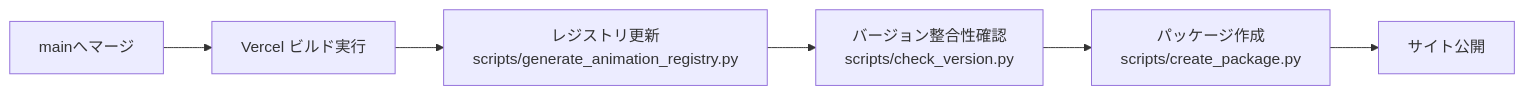
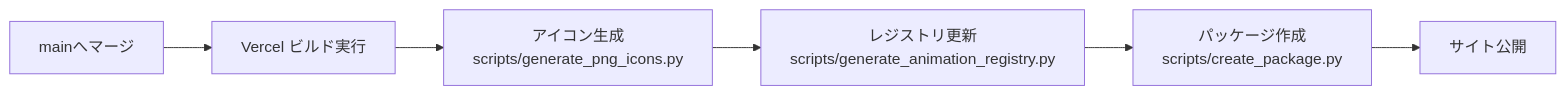
The third of 3 diagrams in docs/README_DEPLOY.md (masanori-satake/QuickLog-Solo), drawn with Mermaid before and after one commit. The commit also changed other lines of this file, not shown here.

First line of the commit message:
docs: comprehensive CI/CD guide update with Vercel setup details

````diff
--- a/docs/README_DEPLOY.md
+++ b/docs/README_DEPLOY.md
@@ -89,8 +89,8 @@
 ```mermaid
 graph LR
     Trigger[mainへマージ] --> VercelBuild[Vercel ビルド実行]
-    VercelBuild --> Registry[レジストリ更新<br/>scripts/generate_animation_registry.py]
-    Registry --> CheckVersion[バージョン整合性確認<br/>scripts/check_version.py]
-    CheckVersion --> Zip[パッケージ作成<br/>scripts/create_package.py]
+    VercelBuild --> IconGen[アイコン生成<br/>scripts/generate_png_icons.py]
+    IconGen --> Registry[レジストリ更新<br/>scripts/generate_animation_registry.py]
+    Registry --> Zip[パッケージ作成<br/>scripts/create_package.py]
     Zip --> Deploy[サイト公開]
 ```
````
